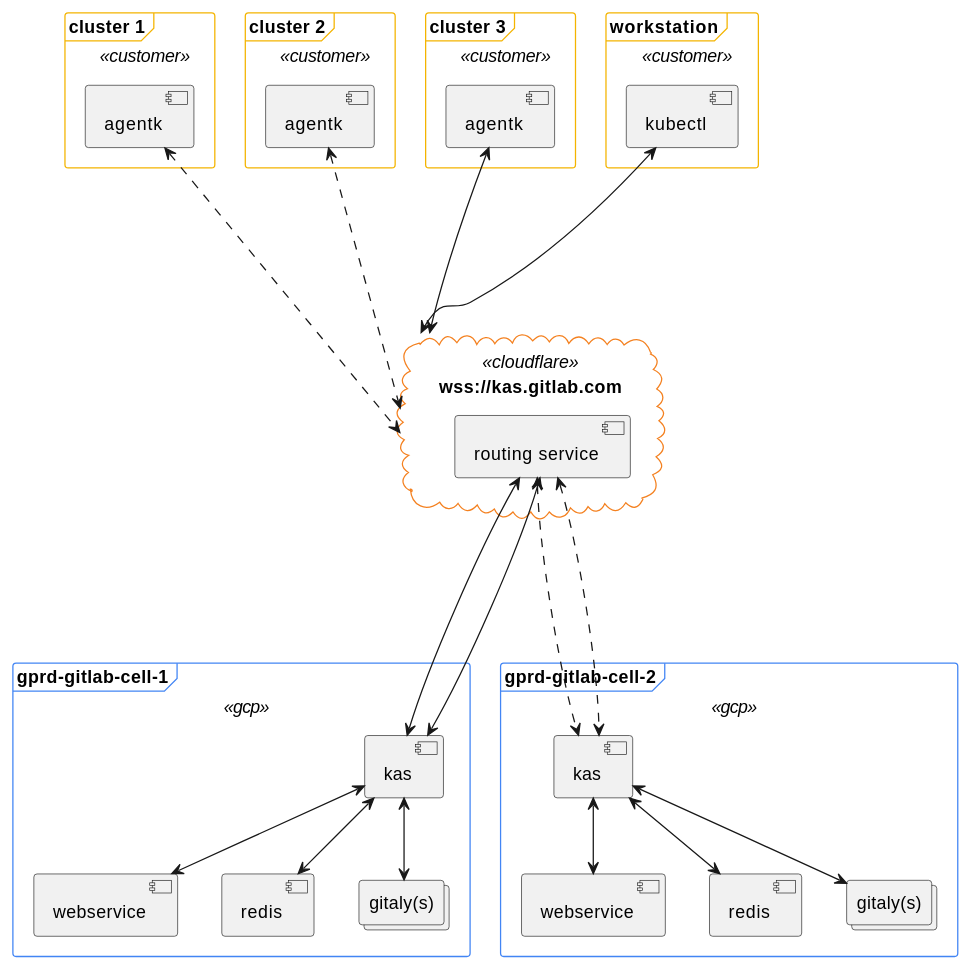
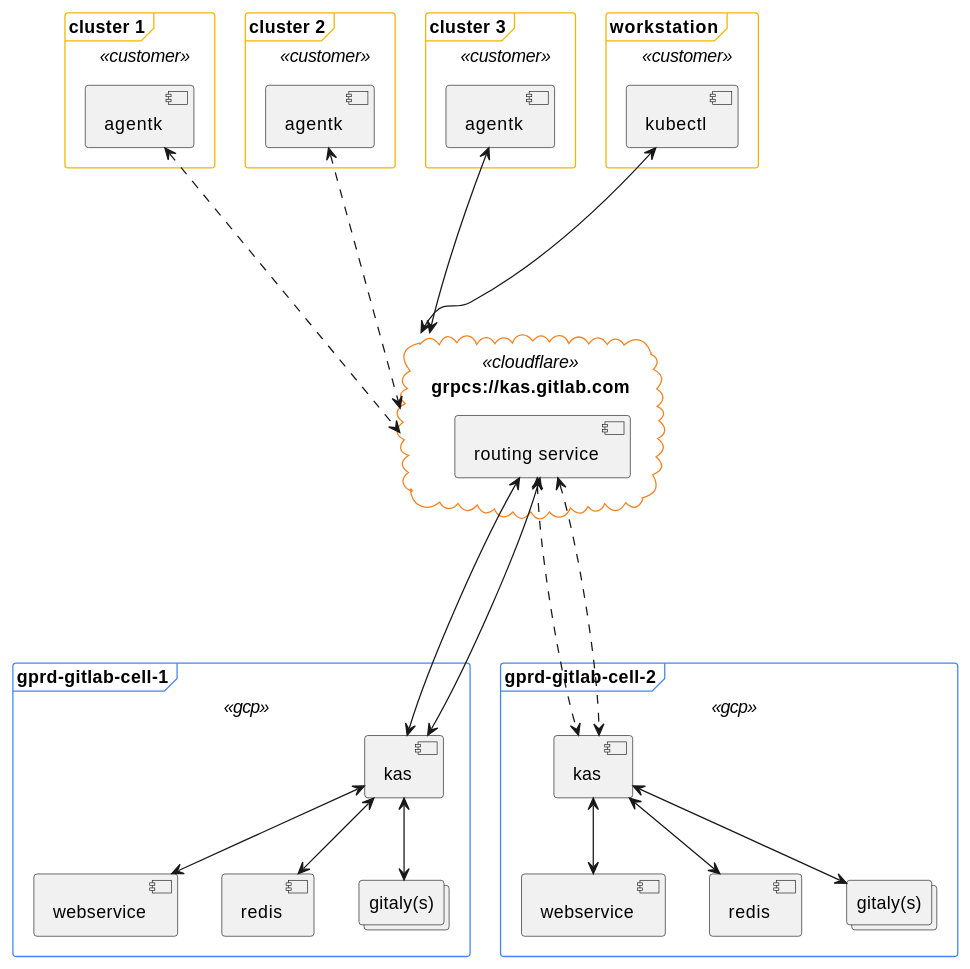
One commit to kyama0/gitlab-handbook-ja changed the second of 4 diagrams in content/handbook/engineering/architecture/design-documents/cells/infrastructure/_index.md. Above: the diagram before and after it, drawn with PlantUML. The commit also changed other lines of this file and 33 other files, not shown here.

````diff
--- a/content/handbook/engineering/architecture/design-documents/cells/infrastructure/_index.md
+++ b/content/handbook/engineering/architecture/design-documents/cells/infrastructure/_index.md
@@ -252,72 +252,72 @@
 ```plantuml
 @startuml
 
 skinparam frame {
   borderColor<<customer>> #F4B400
 }
 skinparam frame {
   borderColor<<gcp>> #4285F4
 }
 skinparam cloud {
   borderColor<<cloudflare>> #F48120
 }
 
 together {
   frame "cluster 1" <<customer>> {
       component "agentk" as cluster1AgentK
   }
 
   frame "cluster 2" <<customer>> {
       component "agentk" as cluster2AgentK
   }
 
   frame "cluster 3" <<customer>> {
       component "agentk" as cluster3AgentK
   }
 
   frame "workstation" <<customer>> {
       component "kubectl"
   }
 }
 
 
-cloud wss://kas.gitlab.com <<cloudflare>> as kas.gitlab.com {
+cloud grpcs://kas.gitlab.com <<cloudflare>> as kas.gitlab.com {
     component "routing service"
 }
 
 cluster1AgentK <..d..> kas.gitlab.com
 cluster2AgentK <..d..> kas.gitlab.com
 cluster3AgentK <--d--> kas.gitlab.com
 kubectl <--d--> kas.gitlab.com
 
 together {
   frame "gprd-gitlab-cell-1" <<gcp>> {
     component kas as kasCell1
     component webservice as webserviceCell1
     component redis as redisCell1
     collections "gitaly(s)" as gitalyCell1
 
     kasCell1 <-d-> webserviceCell1
     kasCell1 <-d-> redisCell1
     kasCell1 <-d-> gitalyCell1
   }
 
   frame "gprd-gitlab-cell-2" <<gcp>> {
     component kas as kasCell2
     component webservice as webserviceCell2
     component redis as redisCell2
     collections "gitaly(s)" as gitalyCell2
 
     kasCell2 <-d-> webserviceCell2
     kasCell2 <-d-> redisCell2
     kasCell2 <-d-> gitalyCell2
   }
 }
 
 "routing service" <--d--> kasCell1
 "routing service" <--d--> kasCell1
 "routing service" <..d..> kasCell2
 "routing service" <..d..> kasCell2
 
 @enduml
 ```
````
